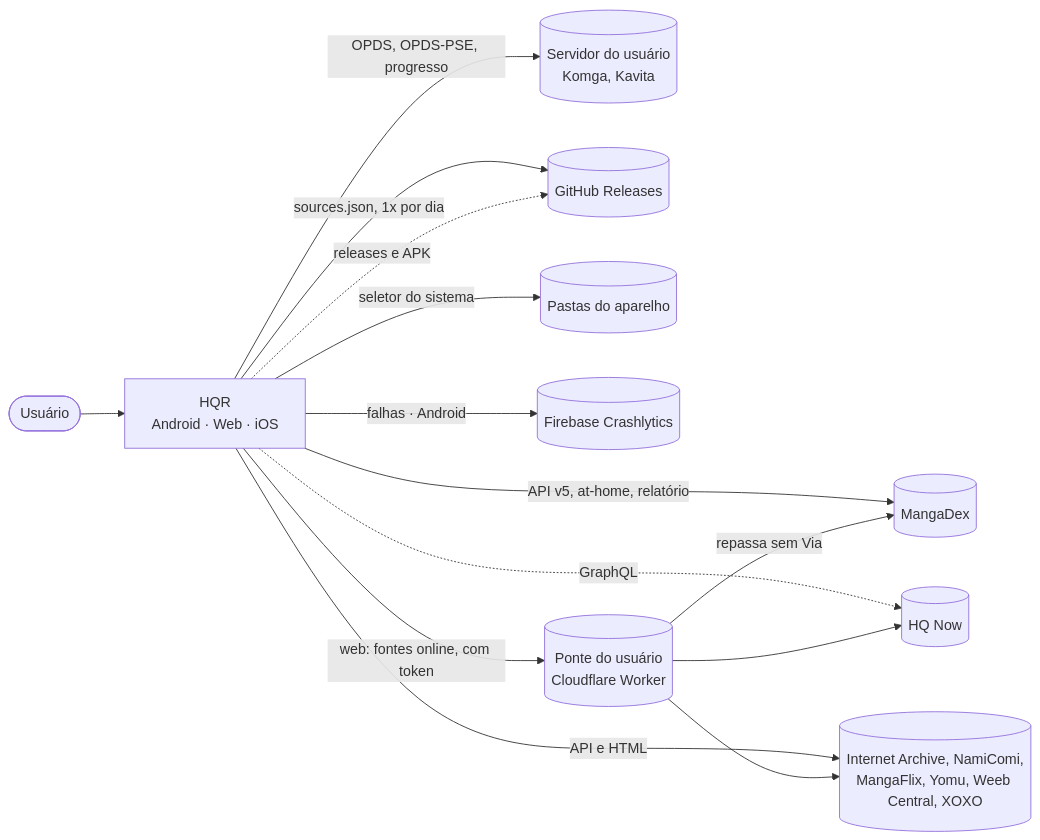
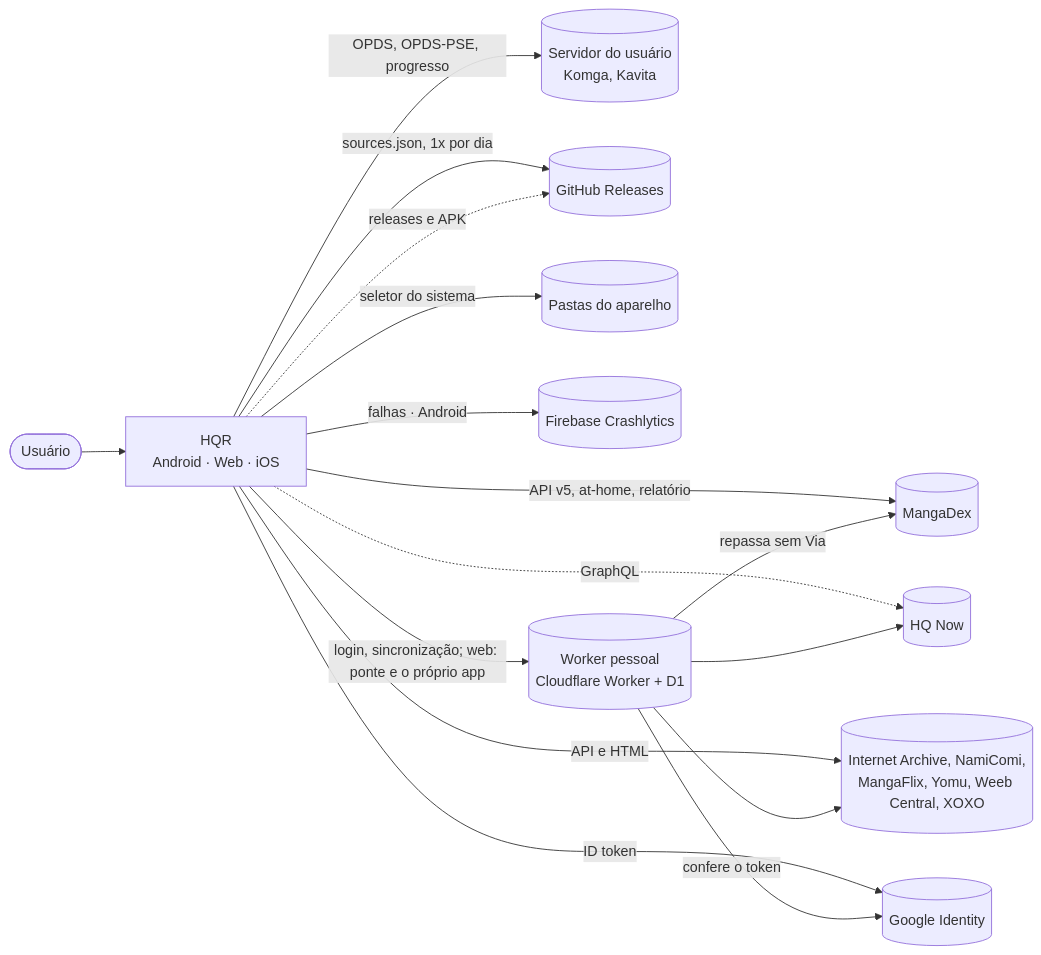
Before and after one commit to tiagohs/hqr-comics-reader: the first of 5 diagrams in docs/architecture.md, drawn with Mermaid. The commit also changed other lines of this file and 5 other files, not shown here.

First line of the commit message:
Docs: account and sync on a personal Worker (RF-119 to RF-125, ADR-027 to ADR-029); the web moves to the Worker

````diff
--- a/docs/architecture.md
+++ b/docs/architecture.md
@@ -19,16 +19,18 @@
 ```mermaid
 flowchart LR
   U([Usuário]) --> APP[HQR<br/>Android · Web · iOS]
   APP -->|API v5, at-home, relatório| MD[(MangaDex)]
   APP -.->|GraphQL| HQ[(HQ Now)]
   APP -->|OPDS, OPDS-PSE, progresso| OP[(Servidor do usuário<br/>Komga, Kavita)]
   APP -->|API e HTML| EX[(Internet Archive, NamiComi,<br/>MangaFlix, Yomu, Weeb Central, XOXO)]
   APP -->|sources.json, 1x por dia| GH
   APP -->|seletor do sistema| FS[(Pastas do aparelho)]
   APP -.->|releases e APK| GH[(GitHub Releases)]
   APP -->|falhas · Android| FB[(Firebase Crashlytics)]
-  APP -->|web: fontes online, com token| PT[(Ponte do usuário<br/>Cloudflare Worker)]
+  APP -->|login, sincronização; web: ponte e o próprio app| PT[(Worker pessoal<br/>Cloudflare Worker + D1)]
+  APP -->|ID token| GO[(Google Identity)]
+  PT -->|confere o token| GO
   PT -->|repassa sem Via| MD
   PT --> HQ
   PT --> EX
 ```
````
